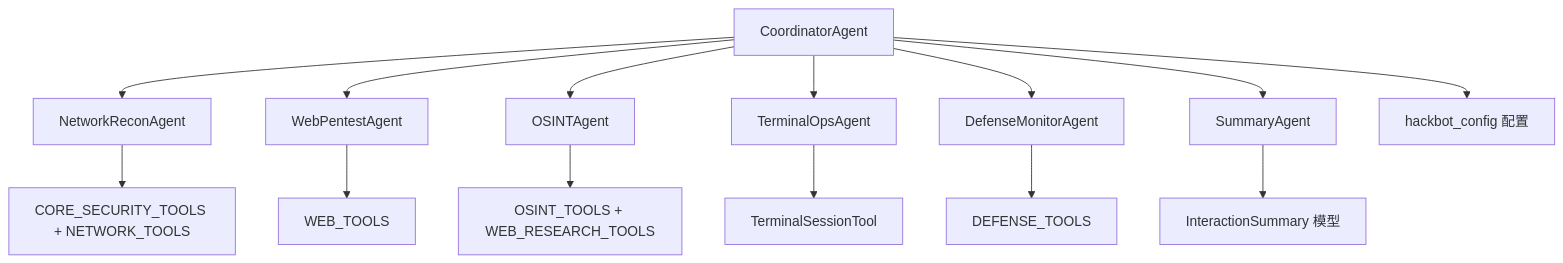
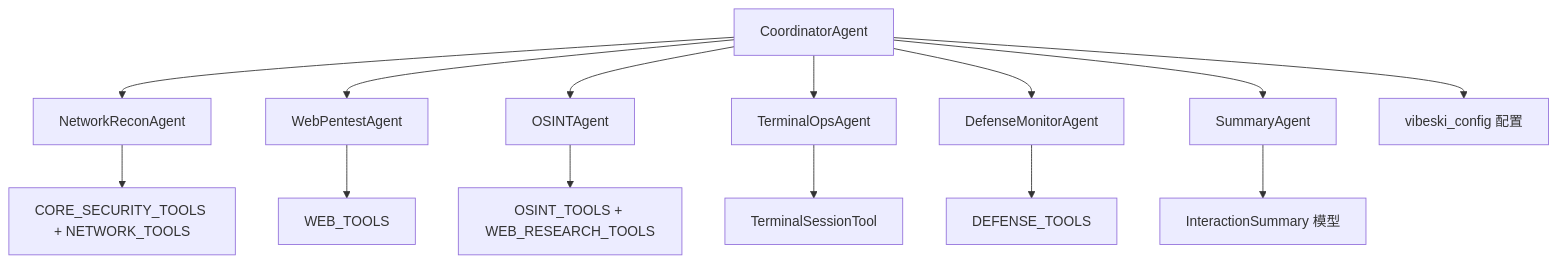
The tenth of 10 diagrams in .qoder/repowiki/zh/content/智能体系统/专用智能体.md (crabin/VIBESKI), drawn with Mermaid before and after one commit. The commit also changed other lines of this file and 170 other files, not shown here.

Commit message:
chore: rename all secbot/hackbot identifiers to vibeski

````diff
--- a/.qoder/repowiki/zh/content/智能体系统/专用智能体.md
+++ b/.qoder/repowiki/zh/content/智能体系统/专用智能体.md
@@ -348,16 +348,16 @@
 ```mermaid
 graph TB
 COORD["CoordinatorAgent"] --> NET["NetworkReconAgent"]
 COORD --> WEB["WebPentestAgent"]
 COORD --> OSINT["OSINTAgent"]
 COORD --> TERM["TerminalOpsAgent"]
 COORD --> DEF["DefenseMonitorAgent"]
 NET --> SEC["CORE_SECURITY_TOOLS + NETWORK_TOOLS"]
 WEB --> WEBTOOLS["WEB_TOOLS"]
 OSINT --> OSINTTOOLS["OSINT_TOOLS + WEB_RESEARCH_TOOLS"]
 TERM --> TERMT["TerminalSessionTool"]
 DEF --> DEFTOOLS["DEFENSE_TOOLS"]
 COORD --> SUM["SummaryAgent"]
 SUM --> MODELS["InteractionSummary 模型"]
-COORD --> CONF["hackbot_config 配置"]
+COORD --> CONF["vibeski_config 配置"]
 ```
````
